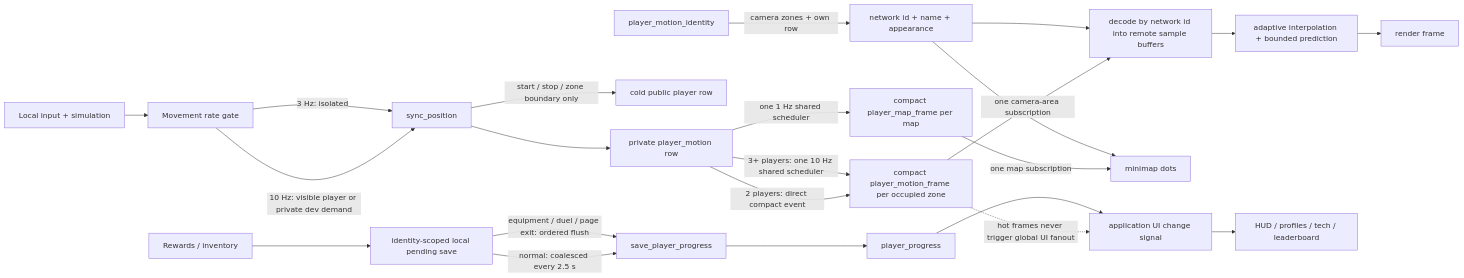
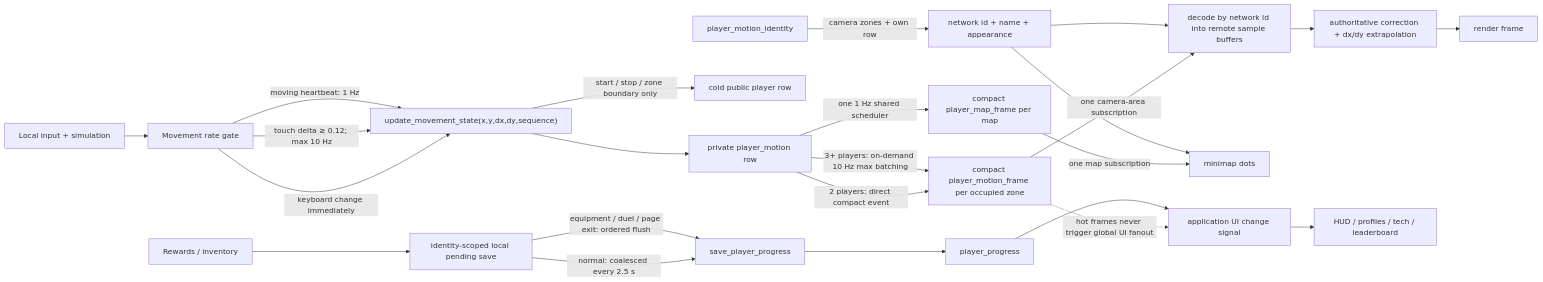
Before and after one commit to Tydoskus/wildwood: the first of 4 diagrams in docs/realtime-data-flow.md, drawn with Mermaid. The commit also changed other lines of this file and 37 other files, not shown here.

````diff
--- a/docs/realtime-data-flow.md
+++ b/docs/realtime-data-flow.md
@@ -7,29 +7,30 @@
 ```mermaid
 flowchart LR
   Input["Local input + simulation"] --> PositionGate["Movement rate gate"]
-  PositionGate -->|"10 Hz: visible player or private dev demand"| PositionReducer["sync_position"]
-  PositionGate -->|"3 Hz: isolated"| PositionReducer
+  PositionGate -->|"keyboard change immediately"| PositionReducer["update_movement_state(x,y,dx,dy,sequence)"]
+  PositionGate -->|"touch delta ≥ 0.12; max 10 Hz"| PositionReducer
+  PositionGate -->|"moving heartbeat: 1 Hz"| PositionReducer
   PositionReducer --> PrivateMotion["private player_motion row"]
   PrivateMotion -->|"2 players: direct compact event"| ZoneBatch["compact player_motion_frame per occupied zone"]
-  PrivateMotion -->|"3+ players: one 10 Hz shared scheduler"| ZoneBatch
+  PrivateMotion -->|"3+ players: on-demand 10 Hz max batching"| ZoneBatch
   ZoneBatch -->|"one camera-area subscription"| MotionCache["decode by network id into remote sample buffers"]
-  MotionCache --> Interpolation["adaptive interpolation + bounded prediction"]
+  MotionCache --> Interpolation["authoritative correction + dx/dy extrapolation"]
   Interpolation --> Frame["render frame"]
 
   PositionReducer -->|"start / stop / zone boundary only"| PlayerRow["cold public player row"]
   PrivateMotion -->|"one 1 Hz shared scheduler"| MapBatch["compact player_map_frame per map"]
   MapBatch -->|"one map subscription"| Minimap["minimap dots"]
 
   Presence["player_motion_identity"] -->|"camera zones + own row"| IdentityCache["network id + name + appearance"]
   IdentityCache --> MotionCache
   IdentityCache --> Minimap
 
   Rewards["Rewards / inventory"] --> Pending["identity-scoped local pending save"]
   Pending -->|"normal: coalesced every 2.5 s"| ProgressReducer["save_player_progress"]
   Pending -->|"equipment / duel / page exit: ordered flush"| ProgressReducer
   ProgressReducer --> ProgressRow["player_progress"]
 
   ZoneBatch -. "hot frames never trigger global UI fanout" .-> UiSignal["application UI change signal"]
   ProgressRow --> UiSignal
   UiSignal --> Windows["HUD / profiles / tech / leaderboard"]
 ```
````
